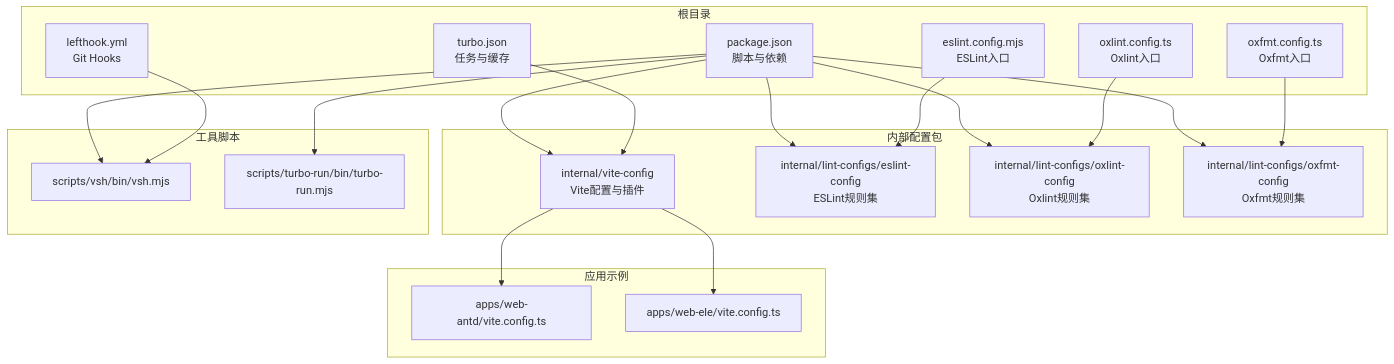
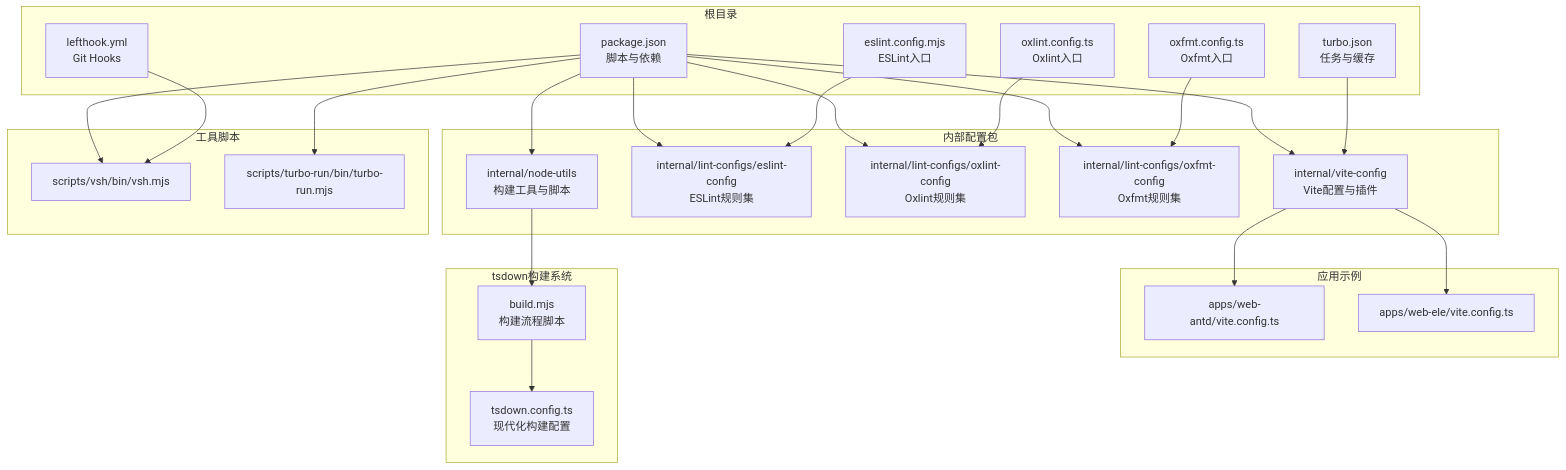
Before and after one commit to liuyinzhong/hive: the first of 9 diagrams in .qoder/repowiki/zh/content/开发工具链/开发工具链.md, drawn with Mermaid. The commit also changed other lines of this file and 8 other files, not shown here.

````diff
--- a/.qoder/repowiki/zh/content/开发工具链/开发工具链.md
+++ b/.qoder/repowiki/zh/content/开发工具链/开发工具链.md
@@ -47,38 +68,46 @@
 ```mermaid
 graph TB
 subgraph "根目录"
 P["package.json<br/>脚本与依赖"]
 T["turbo.json<br/>任务与缓存"]
 L["lefthook.yml<br/>Git Hooks"]
 E["eslint.config.mjs<br/>ESLint入口"]
 O["oxlint.config.ts<br/>Oxlint入口"]
 F["oxfmt.config.ts<br/>Oxfmt入口"]
 end
 subgraph "内部配置包"
 VC["internal/vite-config<br/>Vite配置与插件"]
 EC["internal/lint-configs/eslint-config<br/>ESLint规则集"]
 OC["internal/lint-configs/oxlint-config<br/>Oxlint规则集"]
 OF["internal/lint-configs/oxfmt-config<br/>Oxfmt规则集"]
+NU["internal/node-utils<br/>构建工具与脚本"]
 end
 subgraph "应用示例"
 A1["apps/web-antd/vite.config.ts"]
 A2["apps/web-ele/vite.config.ts"]
 end
 subgraph "工具脚本"
 VS["scripts/vsh/bin/vsh.mjs"]
 TR["scripts/turbo-run/bin/turbo-run.mjs"]
 end
+subgraph "tsdown构建系统"
+TDC["tsdown.config.ts<br/>现代化构建配置"]
+BMS["build.mjs<br/>构建流程脚本"]
+end
 P --> VC
 P --> EC
 P --> OC
 P --> OF
 P --> VS
 P --> TR
+P --> NU
 T --> VC
 L --> VS
 E --> EC
 O --> OC
 F --> OF
 VC --> A1
 VC --> A2
+NU --> BMS
+BMS --> TDC
 ```
````
